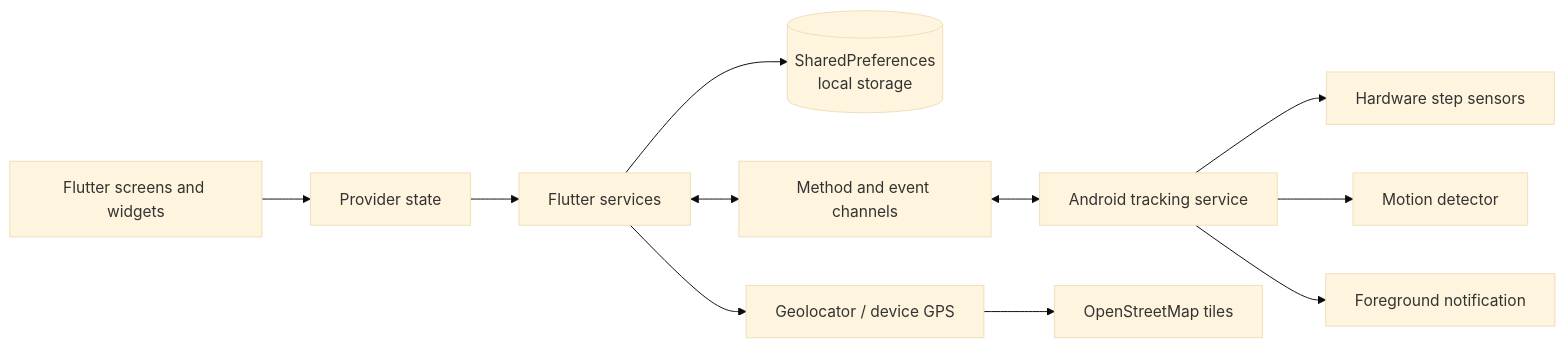
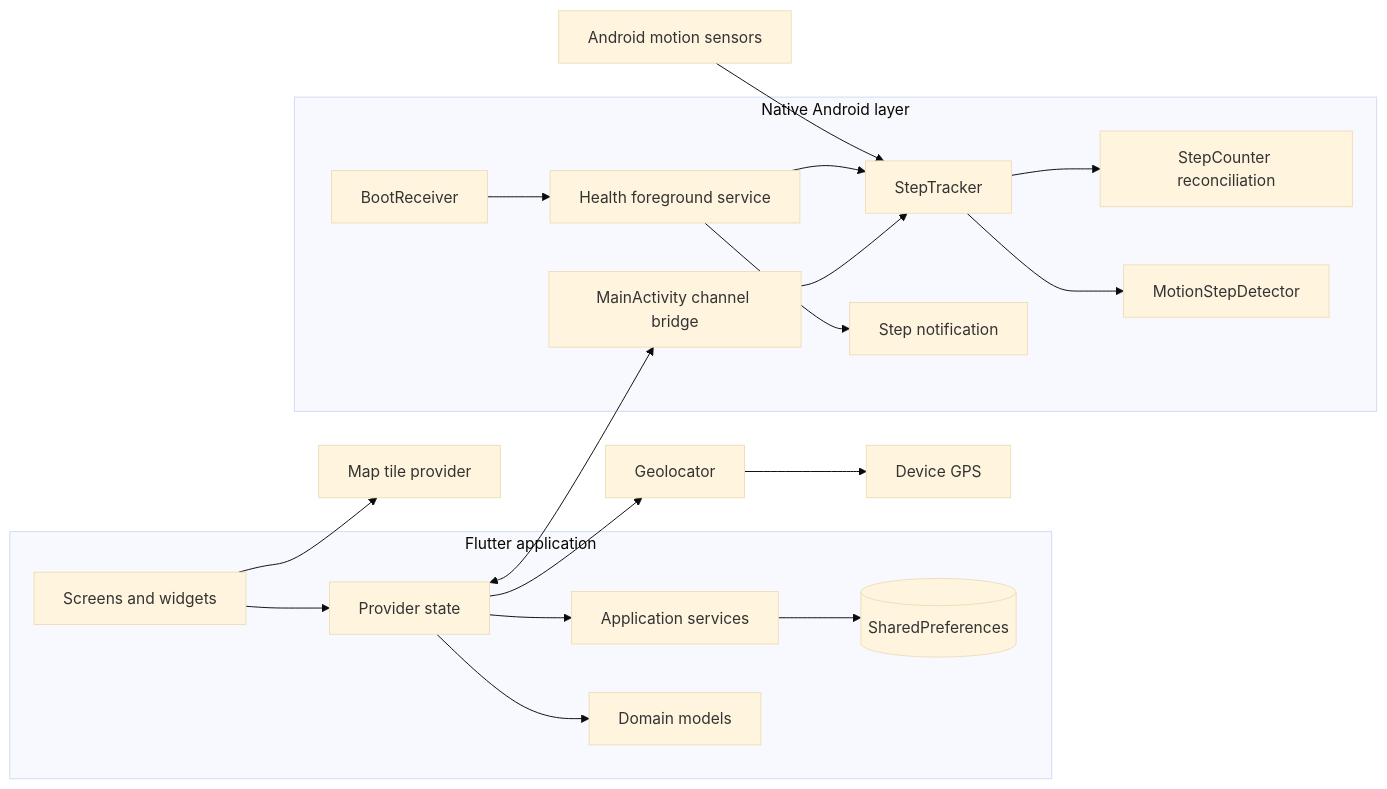
The third of 4 diagrams in README.md (BlackAlpha-debug/strideup), drawn with Mermaid (base theme) before and after one commit. The commit also changed other lines of this file, not shown here.

````diff
--- a/README.md
+++ b/README.md
@@ -40,13 +246,38 @@
 ```mermaid
 flowchart LR
-    UI[Flutter screens and widgets] --> P[Provider state]
-    P --> S[Flutter services]
-    S --> DB[(SharedPreferences<br/>local storage)]
-    S <--> CH[Method and event channels]
-    CH <--> N[Android tracking service]
-    N --> SS[Hardware step sensors]
-    N --> MN[Motion detector]
-    N --> FN[Foreground notification]
-    S --> GPS[Geolocator / device GPS]
-    GPS --> MAP[OpenStreetMap tiles]
+    subgraph Flutter[Flutter application]
+        UI[Screens and widgets]
+        Providers[Provider state]
+        Services[Application services]
+        Models[Domain models]
+        Preferences[(SharedPreferences)]
+
+        UI --> Providers
+        Providers --> Services
+        Providers --> Models
+        Services --> Preferences
+    end
+
+    subgraph Android[Native Android layer]
+        Bridge[MainActivity channel bridge]
+        Tracker[StepTracker]
+        Counter[StepCounter reconciliation]
+        Motion[MotionStepDetector]
+        Health[Health foreground service]
+        Boot[BootReceiver]
+        Notice[Step notification]
+
+        Bridge --> Tracker
+        Health --> Tracker
+        Tracker --> Counter
+        Tracker --> Motion
+        Health --> Notice
+        Boot --> Health
+    end
+
+    Providers <--> Bridge
+    Sensors[Android motion sensors] --> Tracker
+    Providers --> Location[Geolocator]
+    Location --> GPS[Device GPS]
+    UI --> Tiles[Map tile provider]
 ```
````
